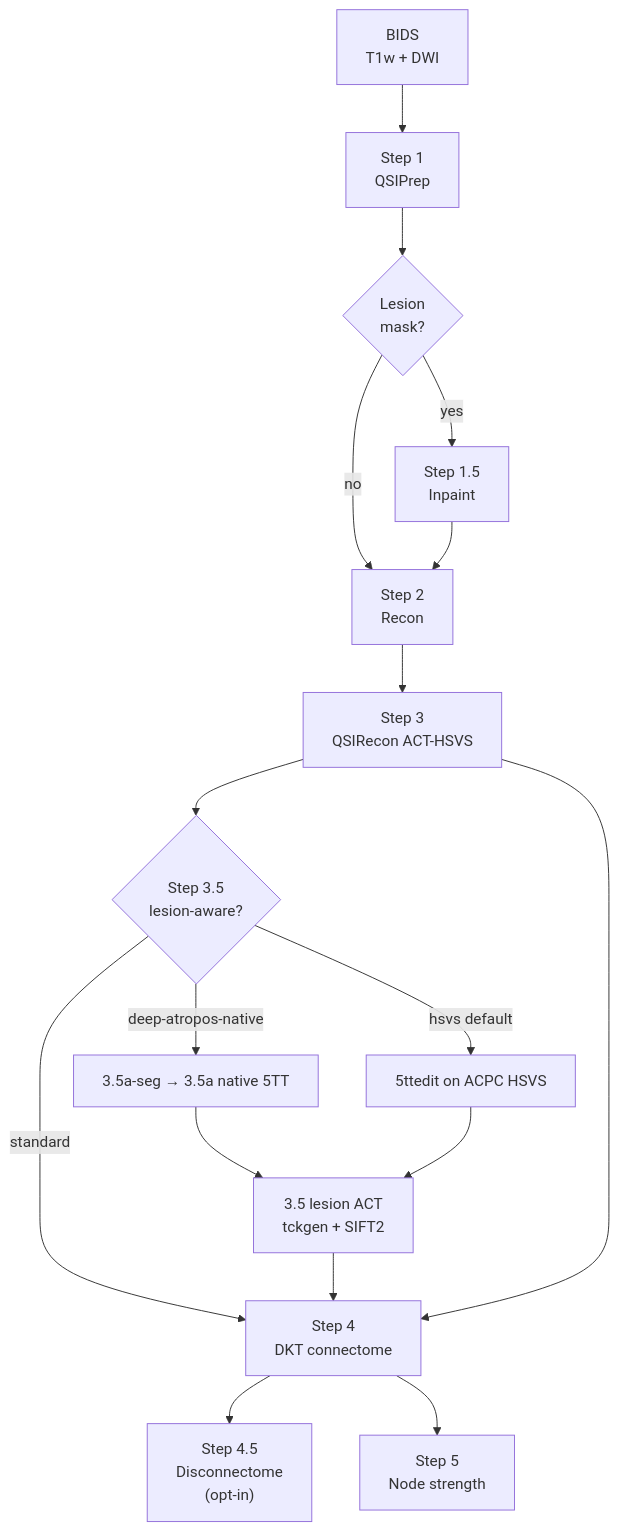
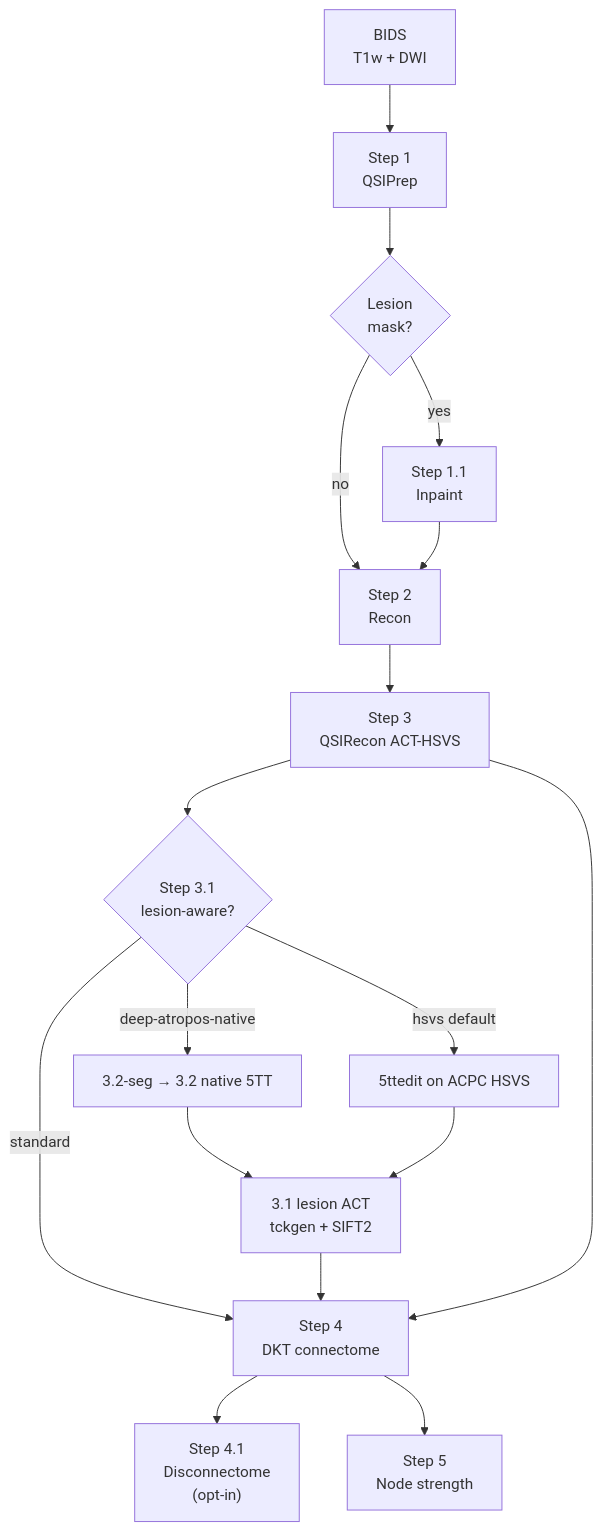
The diagram in dwi_pipeline/README.md (phindagijimana/dkt_connectome), drawn with Mermaid before and after one commit. The commit also changed other lines of this file and 89 other files, not shown here.

````diff
--- a/dwi_pipeline/README.md
+++ b/dwi_pipeline/README.md
@@ -12,19 +12,19 @@
 ```mermaid
 flowchart TB
   BIDS["BIDS\nT1w + DWI"] --> S1["Step 1\nQSIPrep"]
   S1 --> S15{"Lesion\nmask?"}
-  S15 -->|yes| INP["Step 1.5\nInpaint"]
+  S15 -->|yes| INP["Step 1.1\nInpaint"]
   S15 -->|no| S2["Step 2\nRecon"]
   INP --> S2
   S2 --> S3["Step 3\nQSIRecon ACT-HSVS"]
-  S3 --> S35{"Step 3.5\nlesion-aware?"}
-  S35 -->|hsvs default| S35H["5ttedit on ACPC HSVS"]
-  S35 -->|deep-atropos-native| S35S["3.5a-seg → 3.5a native 5TT"]
-  S35S --> S35E["3.5 lesion ACT\ntckgen + SIFT2"]
-  S35H --> S35E
-  S35 -->|standard| S4
-  S35E --> S4["Step 4\nDKT connectome"]
+  S3 --> S31{"Step 3.1\nlesion-aware?"}
+  S31 -->|hsvs default| S31H["5ttedit on ACPC HSVS"]
+  S31 -->|deep-atropos-native| S31S["3.2-seg → 3.2 native 5TT"]
+  S31S --> S31E["3.1 lesion ACT\ntckgen + SIFT2"]
+  S31H --> S31E
+  S31 -->|standard| S4
+  S31E --> S4["Step 4\nDKT connectome"]
   S3 --> S4
-  S4 --> S45["Step 4.5\nDisconnectome\n(opt-in)"]
+  S4 --> S41["Step 4.1\nDisconnectome\n(opt-in)"]
   S4 --> S5["Step 5\nNode strength"]
 ```
````
